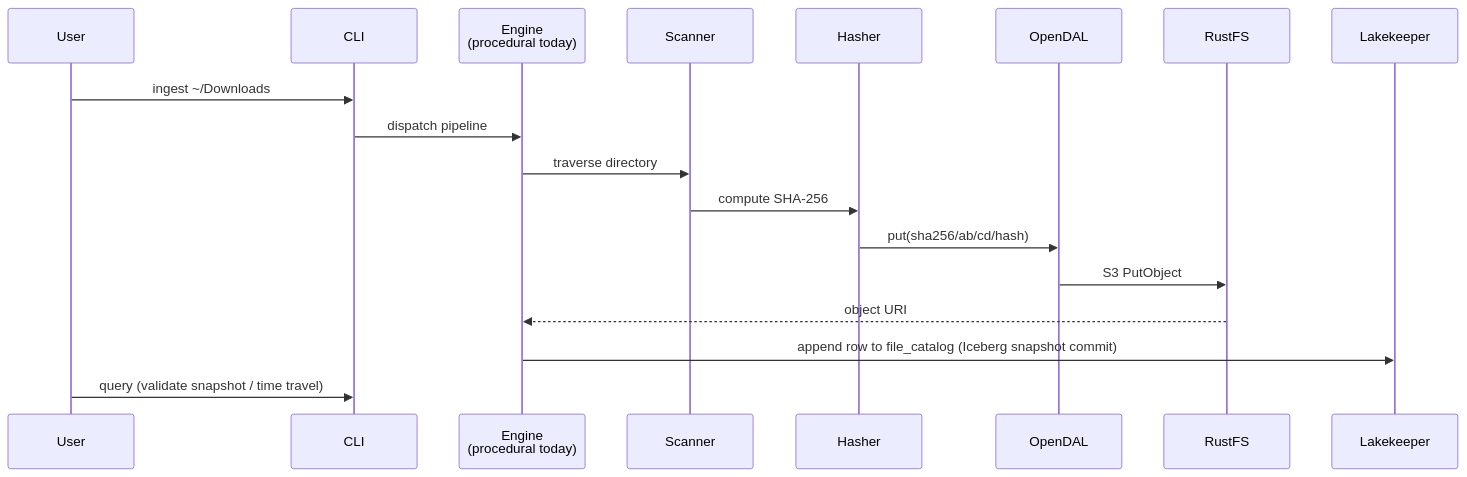
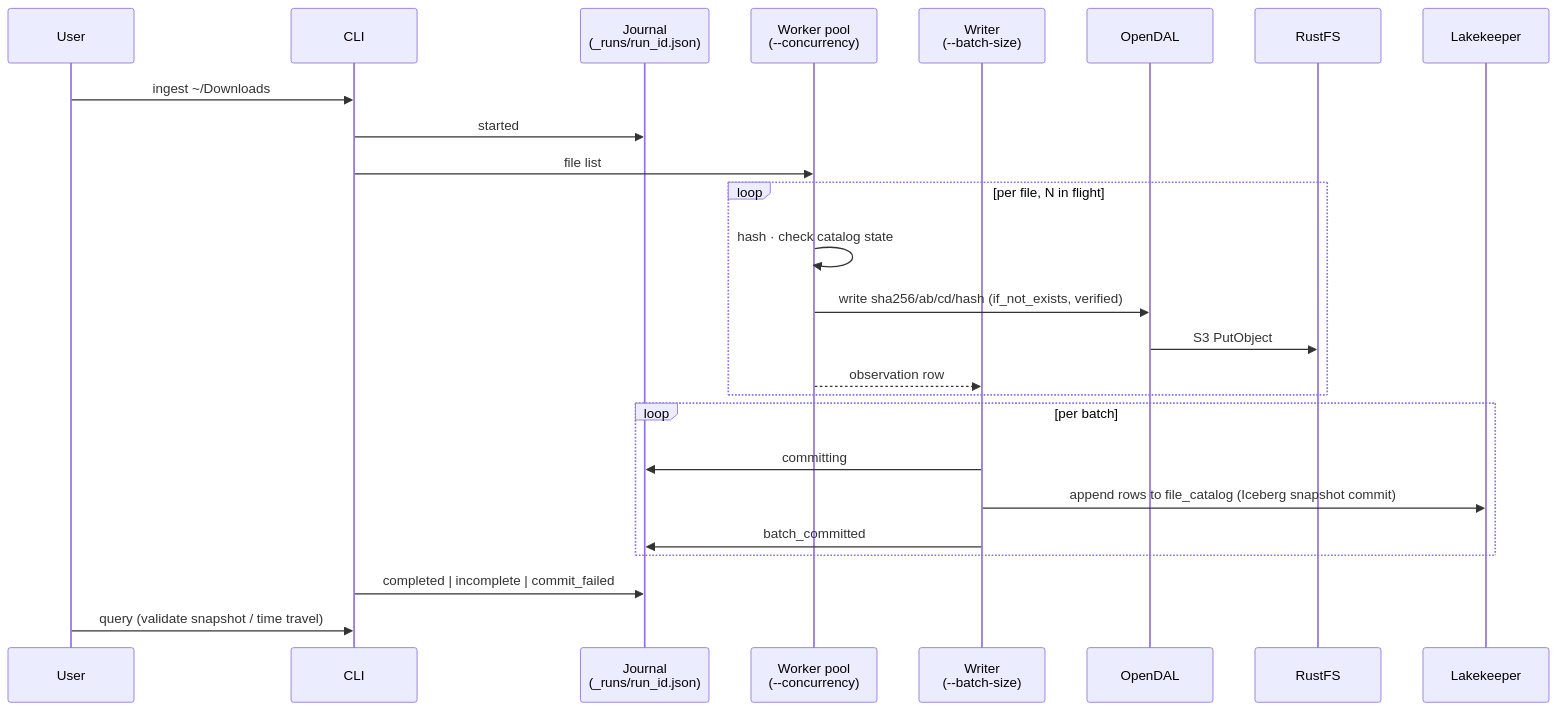
The second of 2 diagrams in docs/design/architecture.md (sm4rtm4art/anti_entropator), drawn with Mermaid before and after one commit. The commit also changed other lines of this file and 3 other files, not shown here.

First line of the commit message:
docs: post-release truth pass (README, architecture, roadmap criterion 6) (#223)

````diff
--- a/docs/design/architecture.md
+++ b/docs/design/architecture.md
@@ -112,21 +130,28 @@
 ```mermaid
 sequenceDiagram
     participant User
     participant CLI
-    participant Engine as Engine<br/>(procedural today)
-    participant Scanner
-    participant Hasher
+    participant Journal as Journal<br/>(_runs/run_id.json)
+    participant Workers as Worker pool<br/>(--concurrency)
+    participant Writer as Writer<br/>(--batch-size)
     participant OpenDAL
     participant RustFS
     participant Lakekeeper
 
     User->>CLI: ingest ~/Downloads
-    CLI->>Engine: dispatch pipeline
-    Engine->>Scanner: traverse directory
-    Scanner->>Hasher: compute SHA-256
-    Hasher->>OpenDAL: put(sha256/ab/cd/hash)
-    OpenDAL->>RustFS: S3 PutObject
-    RustFS-->>Engine: object URI
-    Engine->>Lakekeeper: append row to file_catalog (Iceberg snapshot commit)
+    CLI->>Journal: started
+    CLI->>Workers: file list
+    loop per file, N in flight
+        Workers->>Workers: hash · check catalog state
+        Workers->>OpenDAL: write sha256/ab/cd/hash (if_not_exists, verified)
+        OpenDAL->>RustFS: S3 PutObject
+        Workers-->>Writer: observation row
+    end
+    loop per batch
+        Writer->>Journal: committing
+        Writer->>Lakekeeper: append rows to file_catalog (Iceberg snapshot commit)
+        Writer->>Journal: batch_committed
+    end
+    CLI->>Journal: completed | incomplete | commit_failed
     User->>CLI: query (validate snapshot / time travel)
 ```
````
